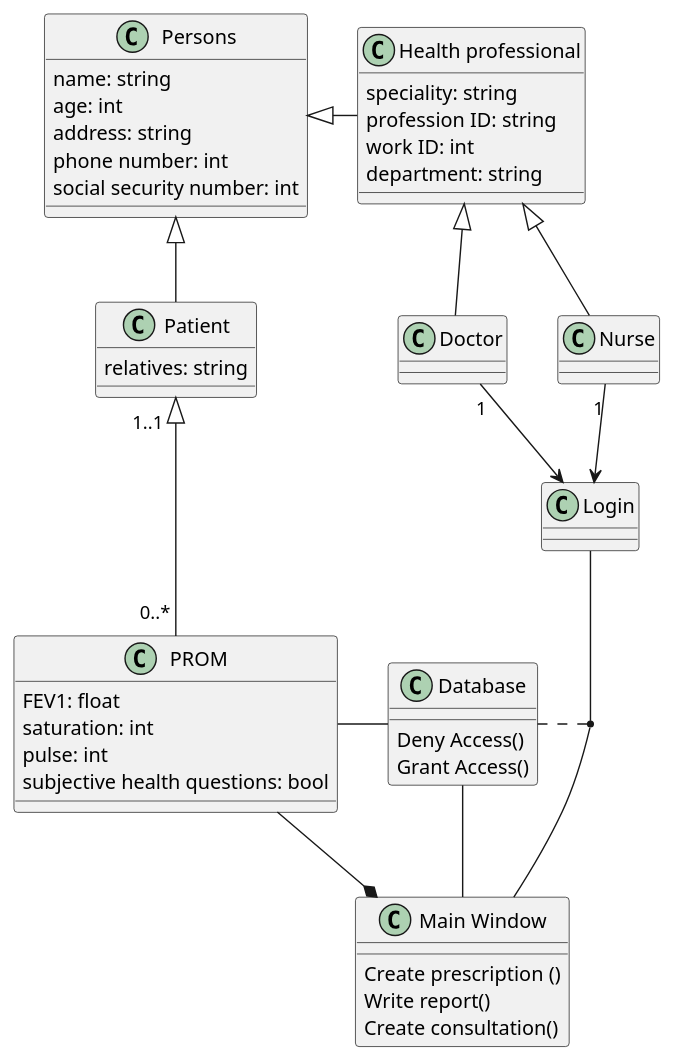
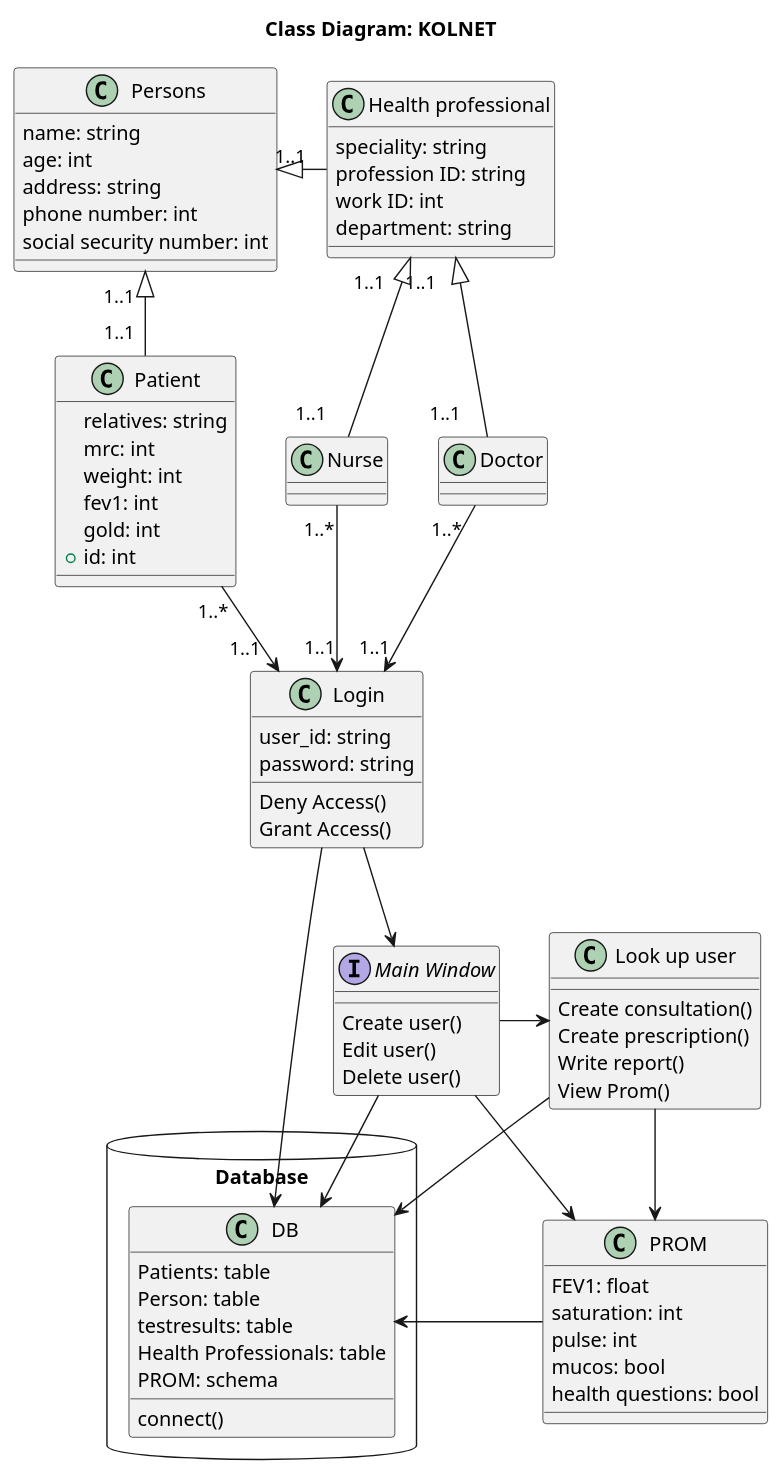
The diagram in Diagrams/Class diagram v.2.puml (Purreskov/Softwareudvikling---Github), drawn with PlantUML before and after one commit. The commit also changed 12 other files, not shown here.

Commit message:
class diagram

```diff
--- a/Diagrams/Class diagram v.2.puml
+++ b/Diagrams/Class diagram v.2.puml
@@ -1,53 +1,89 @@
 @startuml
 'https://plantuml.com/class-diagram
+title Class Diagram: KOLNET
 
-class "Persons" as persons
-persons : name: string
-persons : age: int
-persons : address: string
-persons : phone number: int
-persons : social security number: int
+class "Persons" as persons{
+name: string
+age: int
+address: string
+phone number: int
+social security number: int
+}
 
-class "PROM" as prom
-prom : FEV1: float
-prom : saturation: int
-prom : pulse: int
-prom : subjective health questions: bool
+class "PROM" as prom {
+FEV1: float
+saturation: int
+pulse: int
+mucos: bool
+health questions: bool
+}
 
-class "Patient" as patient
-patient : relatives: string
+class "Patient" as patient{
+relatives: string
+mrc: int
+weight: int
+fev1: int
+gold: int
++id: int
+}
 
 class "Doctor" as doctor
 
 class "Nurse" as nurse
 
-class "Health professional" as HP
-HP : speciality: string
-HP : profession ID: string
-HP : work ID: int
-HP : department: string
+class "Health professional" as HP {
+speciality: string
+profession ID: string
+work ID: int
+department: string
+}
 
-class "Main Window" as MW
-MW : Create prescription ()
-MW : Write report()
-MW : Create consultation()
+interface "Main Window" as MW {
+Create user()
+Edit user()
+Delete user()
+}
 
-class "Login" as login
+class "Login" as login{
+user_id: string
+password: string
+Deny Access()
+Grant Access()
+}
 
-class "Database" as db
-db : Deny Access()
-db : Grant Access()
 
-persons <|- HP
-persons <|-- patient
-HP <|-- doctor
-HP <|-- nurse
-doctor "1"--> login
-nurse "1" --> login
-prom --* MW
-db . (login,MW)
-db -- MW
-prom - db
+class "Look up user" as LU
+LU : Create consultation()
+LU : Create prescription()
+LU : Write report()
+LU : View Prom()
 
-patient "1..1  " <|-- "0..* " prom
+package Database <<Database>> {
+class "DB" as db_hp
+}
+db_hp : Patients: table
+db_hp : Person: table
+db_hp : testresults: table
+db_hp : Health Professionals: table
+db_hp : PROM: schema
+db_hp : connect()
+
+
+
+persons "1..1  "<|- HP
+persons "1..1  "<|-- "1..1  "patient
+HP "1..1    "  <|-- "1..1    "doctor
+HP "  1..1    "  <|-- "1..1    " nurse
+doctor " 1..* "--> "1..1" login
+nurse " 1..*"--> " 1..1" login
+patient " 1..*"--> "1..1  " login
+login -->  MW
+MW -> LU
+MW --> db_hp
+MW --> prom
+login -> db_hp
+LU --> prom
+db_hp <- LU
+prom ----> db_hp
+
 @enduml
```
